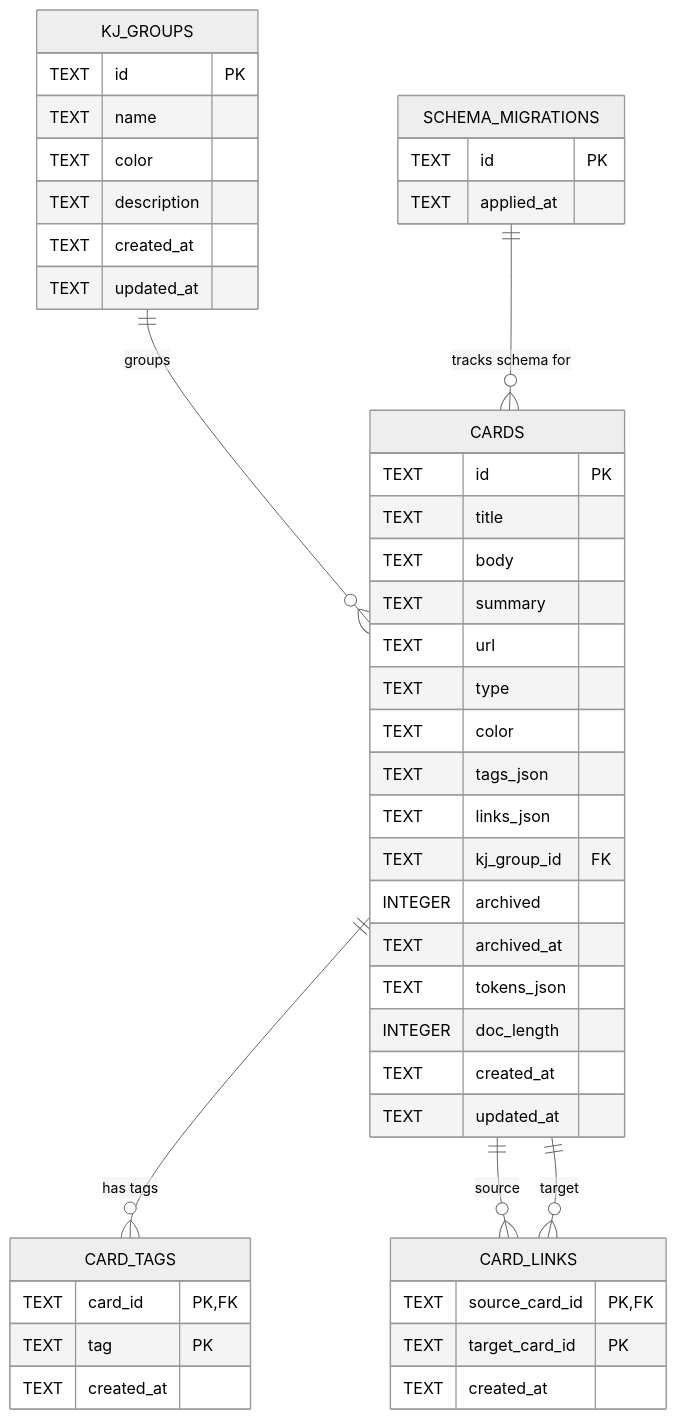
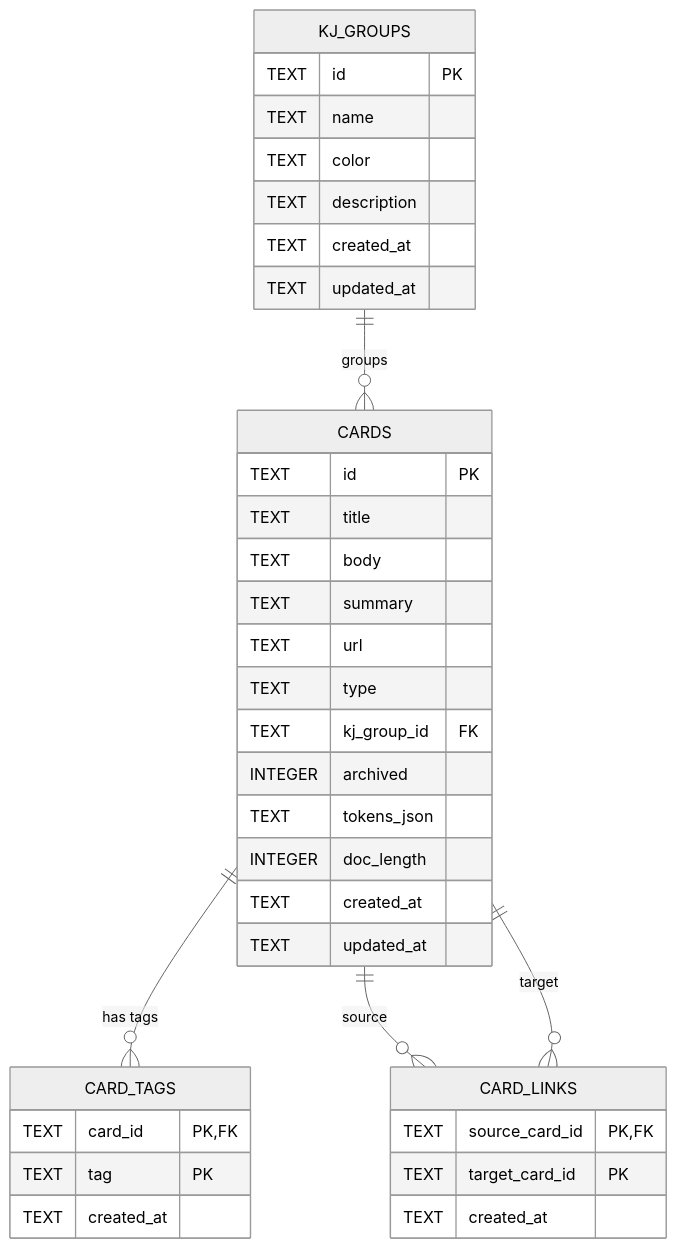
Before and after one commit to jinghaodao-tech/my-search_public: the second of 2 diagrams in README.md, drawn with Mermaid (neutral theme). The commit also changed other lines of this file and 5 other files, not shown here.

````diff
--- a/README.md
+++ b/README.md
@@ -73,53 +62,43 @@
 ```mermaid
 erDiagram
   KJ_GROUPS ||--o{ CARDS : "groups"
   CARDS ||--o{ CARD_TAGS : "has tags"
   CARDS ||--o{ CARD_LINKS : "source"
   CARDS ||--o{ CARD_LINKS : "target"
-  SCHEMA_MIGRATIONS ||--o{ CARDS : "tracks schema for"
 
   CARDS {
     TEXT id PK
     TEXT title
     TEXT body
     TEXT summary
     TEXT url
     TEXT type
-    TEXT color
-    TEXT tags_json
-    TEXT links_json
     TEXT kj_group_id FK
     INTEGER archived
-    TEXT archived_at
     TEXT tokens_json
     INTEGER doc_length
     TEXT created_at
     TEXT updated_at
   }
 
   CARD_TAGS {
     TEXT card_id PK,FK
     TEXT tag PK
     TEXT created_at
   }
 
   CARD_LINKS {
     TEXT source_card_id PK,FK
     TEXT target_card_id PK
     TEXT created_at
   }
 
   KJ_GROUPS {
     TEXT id PK
     TEXT name
     TEXT color
     TEXT description
     TEXT created_at
     TEXT updated_at
   }
-
-  SCHEMA_MIGRATIONS {
-    TEXT id PK
-    TEXT applied_at
-  }
 ```
````
